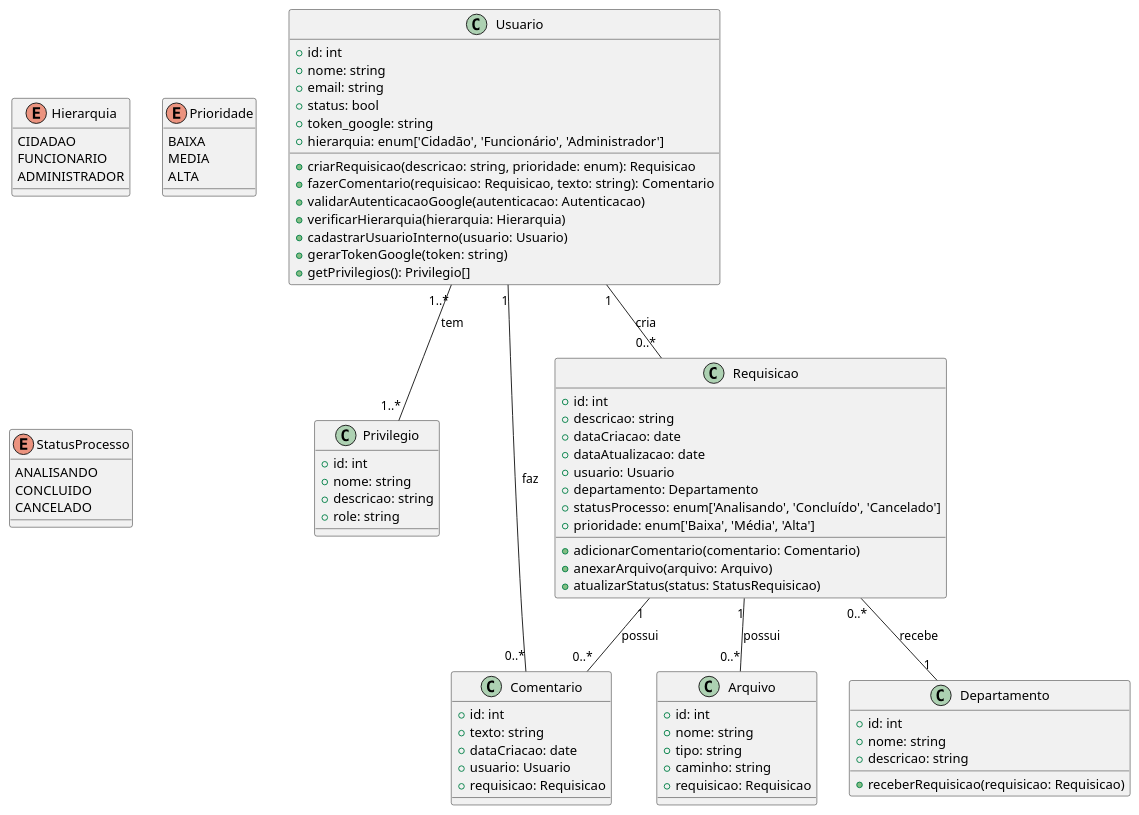
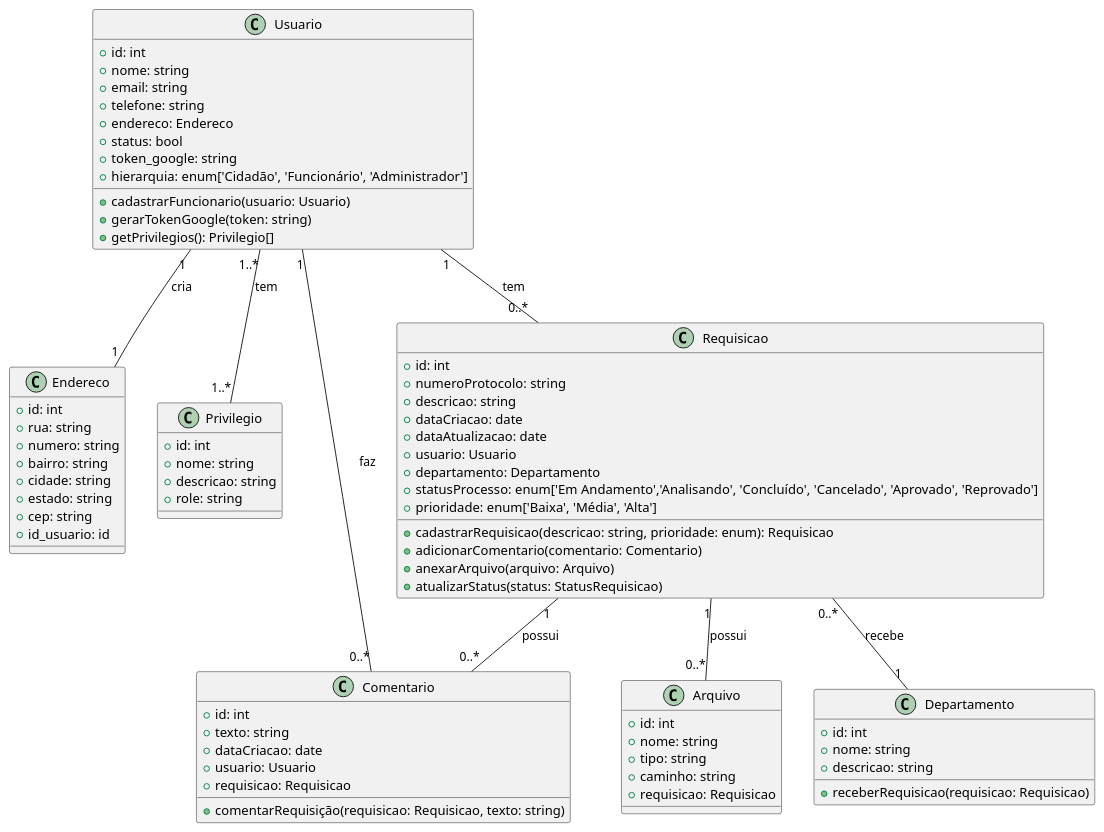
Before and after one commit to Francielefernandes06/documentacao-projeto-coorporativo-2024.2: the diagram in diagramas/Diagrama-Classe.puml, drawn with PlantUML.

Commit message:
correção dos diagramas

```diff
--- a/diagramas/Diagrama-Classe.puml
+++ b/diagramas/Diagrama-Classe.puml
@@ -1,94 +1,87 @@
 @startuml
 
 ' Definindo as classes principais
 class Usuario {
   +id: int
   +nome: string
   +email: string
+  +telefone: string
+  +endereco: Endereco
   +status: bool
   +token_google: string
   +hierarquia: enum['Cidadão', 'Funcionário', 'Administrador']
-  +criarRequisicao(descricao: string, prioridade: enum): Requisicao
-  +fazerComentario(requisicao: Requisicao, texto: string): Comentario
-  +validarAutenticacaoGoogle(autenticacao: Autenticacao)
-  +verificarHierarquia(hierarquia: Hierarquia)
-  +cadastrarUsuarioInterno(usuario: Usuario)
+  +cadastrarFuncionario(usuario: Usuario)
   +gerarTokenGoogle(token: string)
   +getPrivilegios(): Privilegio[]
 
 }
+
+class Endereco{
+  +id: int
+  +rua: string
+  +numero: string
+  +bairro: string
+  +cidade: string
+  +estado: string
+  +cep: string
+  +id_usuario: id
+}
+
 class Privilegio {
   +id: int
   +nome: string
   +descricao: string
   +role: string
+
 }
 
 class Requisicao {
   +id: int
+  +numeroProtocolo: string
   +descricao: string
   +dataCriacao: date
   +dataAtualizacao: date
   +usuario: Usuario
   +departamento: Departamento
-  +statusProcesso: enum['Analisando', 'Concluído', 'Cancelado']
+  +statusProcesso: enum['Em Andamento','Analisando', 'Concluído', 'Cancelado', 'Aprovado', 'Reprovado']
+  +cadastrarRequisicao(descricao: string, prioridade: enum): Requisicao
   +prioridade: enum['Baixa', 'Média', 'Alta']
   +adicionarComentario(comentario: Comentario)
   +anexarArquivo(arquivo: Arquivo)
   +atualizarStatus(status: StatusRequisicao)
 }
 
 class Departamento {
   +id: int
   +nome: string
   +descricao: string
   +receberRequisicao(requisicao: Requisicao)
 }
 
 class Comentario {
   +id: int
   +texto: string
   +dataCriacao: date
   +usuario: Usuario
   +requisicao: Requisicao
+  +comentarRequisição(requisicao: Requisicao, texto: string)
 }
 
 class Arquivo {
   +id: int
   +nome: string
   +tipo: string
   +caminho: string
   +requisicao: Requisicao
 }
 
-
-
-' Enum
-enum Hierarquia {
-    CIDADAO
-    FUNCIONARIO
-    ADMINISTRADOR
-}
-
-
-enum Prioridade {
-    BAIXA
-    MEDIA
-    ALTA
-}
-
-enum StatusProcesso {
-    ANALISANDO
-    CONCLUIDO
-    CANCELADO
-}
-
 ' Definindo as relações
-Usuario "1" -- "0..*" Requisicao : cria
+Usuario "1" -- "0..*" Requisicao : tem
+Usuario "1" -- "1" Endereco : cria
 Usuario "1" -- "0..*" Comentario : faz
 Requisicao "1" -- "0..*" Comentario : possui
 Requisicao "1" -- "0..*" Arquivo : possui
 Requisicao "0..*" -- "1" Departamento : recebe
 Usuario "1..*" -- "1..*" Privilegio : tem
 
 @enduml
```
